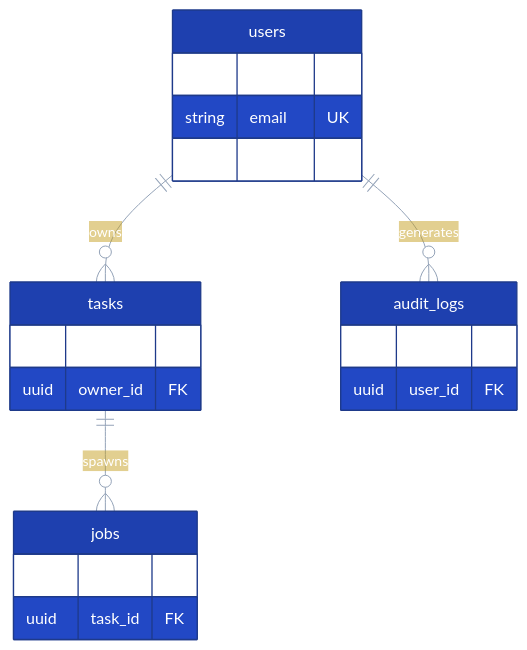
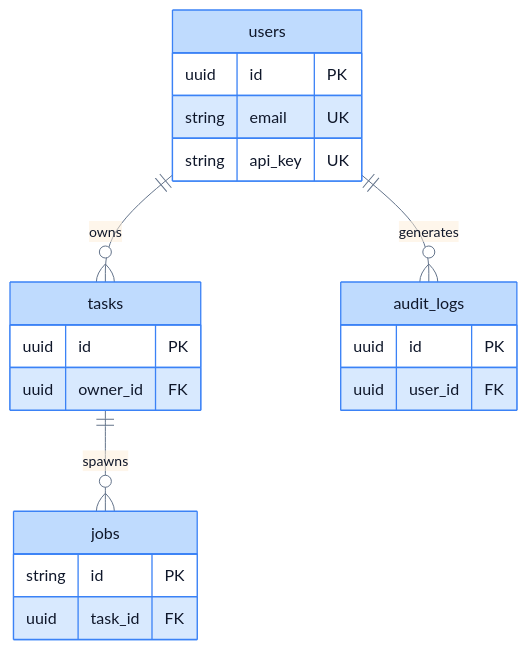
The sixth of 7 diagrams in README.md (adwibha/cortex-api), drawn with Mermaid before and after one commit.

Commit message:
fix(docs): use pastel entity fills with dark text in ERD to fix white-on-white
attributeBackgroundColorEven/Odd are ignored by GitHub Mermaid renderer,
so setting primaryTextColor:#fff bled white text onto white attribute rows.
Switched to light pastel fills (blue/green/amber/purple) with dark text
(#0f172a) throughout so all text is readable regardless of row background.

````diff
--- a/README.md
+++ b/README.md
@@ -389,28 +389,28 @@
 ```mermaid
-%%{init: {'theme': 'base', 'themeVariables': {'primaryColor': '#1e40af', 'primaryTextColor': '#ffffff', 'primaryBorderColor': '#1e3a8a', 'lineColor': '#94a3b8', 'fillType0': '#1e40af', 'fillType1': '#065f46', 'fillType2': '#92400e', 'fillType3': '#4c1d95', 'attributeBackgroundColorEven': '#1e293b', 'attributeBackgroundColorOdd': '#263248'}}}%%
+%%{init: {'theme': 'base', 'themeVariables': {'primaryColor': '#bfdbfe', 'primaryTextColor': '#0f172a', 'primaryBorderColor': '#3b82f6', 'lineColor': '#64748b', 'fillType0': '#bfdbfe', 'fillType1': '#a7f3d0', 'fillType2': '#fde68a', 'fillType3': '#ddd6fe'}}}%%
 erDiagram
     users {
         uuid   id      PK
         string email   UK
         string api_key UK
     }
 
     tasks {
         uuid id       PK
         uuid owner_id FK
     }
 
     jobs {
         string id      PK
         uuid   task_id FK
     }
 
     audit_logs {
         uuid id      PK
         uuid user_id FK
     }
 
     users ||--o{ tasks      : "owns"
     tasks ||--o{ jobs       : "spawns"
     users ||--o{ audit_logs : "generates"
 ```
````
